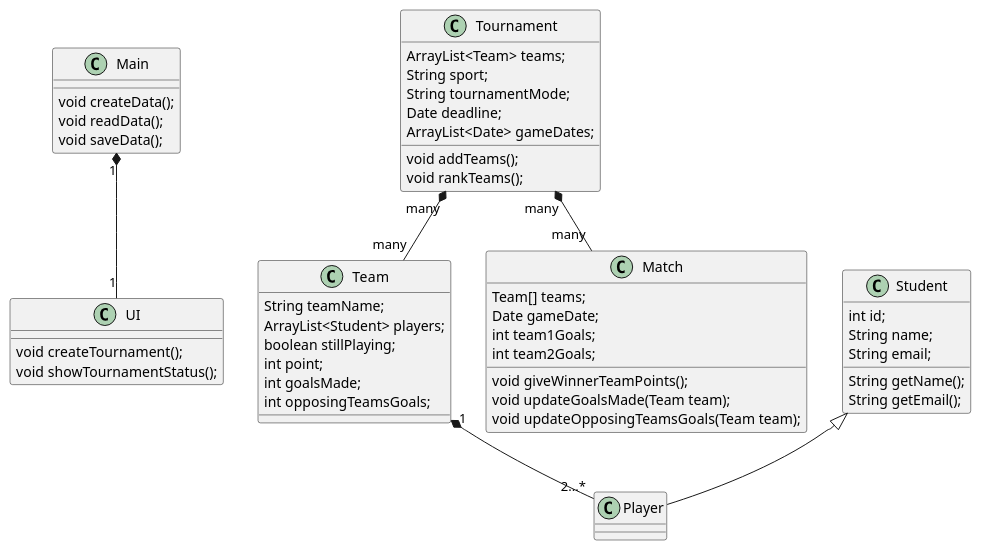
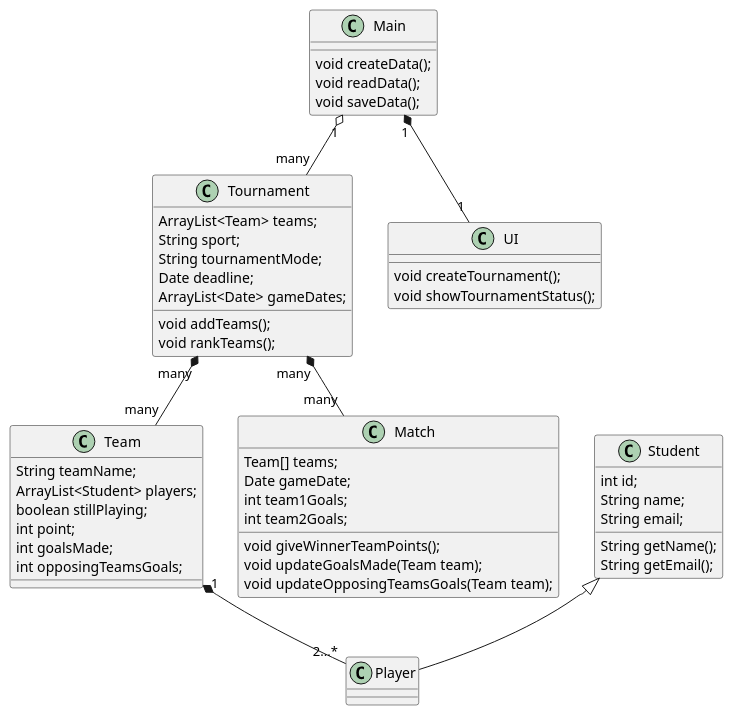
One commit to Inga-Helgadottir/AIR-SP3 changed the diagram in classDiagram/classDiagram.plantuml. Above: the diagram before and after it, drawn with PlantUML. The commit also changed 6 other files, not shown here.

```diff
--- a/classDiagram/classDiagram.plantuml
+++ b/classDiagram/classDiagram.plantuml
@@ -2,60 +2,61 @@
 @startuml SP3
 
 class Main{
   void createData();
   void readData();
   void saveData();
 }
 
 class Tournament {
   ArrayList<Team> teams;
   String sport;
   String tournamentMode;
   Date deadline;
   ArrayList<Date> gameDates;
   void addTeams();
   void rankTeams();
 }
 
 class Team{
   String teamName;
   ArrayList<Student> players;
   boolean stillPlaying;
   int point;
   int goalsMade;
   int opposingTeamsGoals;
 }
 
 class Student{
   int id;
   String name;
   String email;
   String getName();
   String getEmail();
 }
 
 class Player extends Student{
 }
 
 class Match{
   Team[] teams;
   Date gameDate;
   int team1Goals;
   int team2Goals;
   void giveWinnerTeamPoints();
   void updateGoalsMade(Team team);
   void updateOpposingTeamsGoals(Team team);
 }
 
 class UI{
   void createTournament();
   void showTournamentStatus();
 }
 
 Main "1" *-- "1" UI
+Main "1" o-- "many" Tournament
 Tournament "many" *-- "many" Team
 Tournament "many" *-- "many" Match
 Team "1" *-- "2...*" Player
 
 
 @enduml
```
